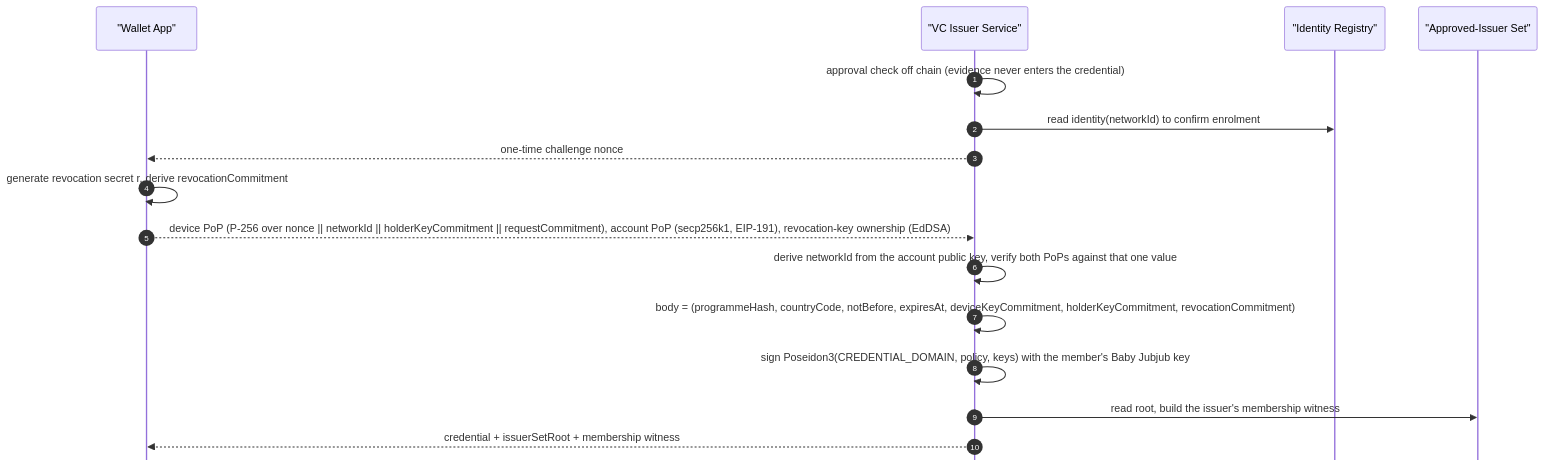
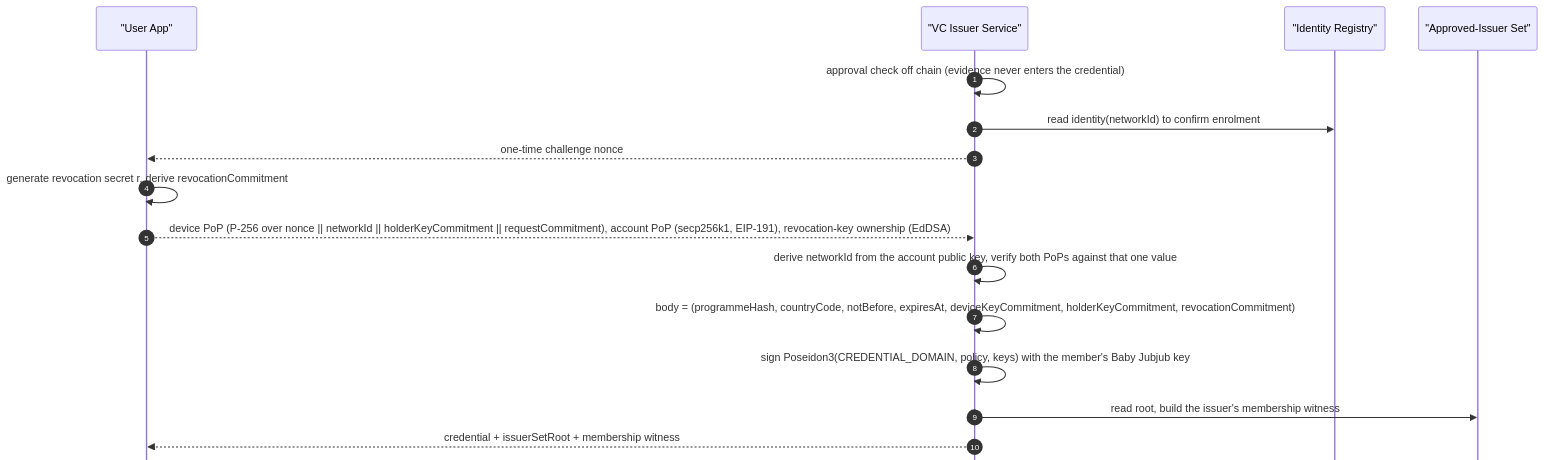
Before and after one commit to ethereum/coordination-network: the fifth of 7 diagrams in specs/06-full-architecture-phase-1.md, drawn with Mermaid. The commit also changed other lines of this file and 11 other files, not shown here.

````diff
--- a/specs/06-full-architecture-phase-1.md
+++ b/specs/06-full-architecture-phase-1.md
@@ -230,20 +233,20 @@
 ```mermaid
 %%{init: {'themeVariables': {'fontSize': '13px'}, 'sequence': {'mirrorActors': false, 'actorMargin': 50, 'messageMargin': 35}}}%%
 sequenceDiagram
     autonumber
-    participant WAL as "Wallet App"
+    participant WAL as "User App"
     participant ISS as "VC Issuer Service"
     participant IDM as "Identity Registry"
     participant ISET as "Approved-Issuer Set"
 
     ISS->>ISS: approval check off chain (evidence never enters the credential)
     ISS->>IDM: read identity(networkId) to confirm enrolment
     ISS-->>WAL: one-time challenge nonce
     WAL->>WAL: generate revocation secret r, derive revocationCommitment
     WAL-->>ISS: device PoP (P-256 over nonce || networkId || holderKeyCommitment || requestCommitment), account PoP (secp256k1, EIP-191), revocation-key ownership (EdDSA)
     ISS->>ISS: derive networkId from the account public key, verify both PoPs against that one value
     ISS->>ISS: body = (programmeHash, countryCode, notBefore, expiresAt, deviceKeyCommitment, holderKeyCommitment, revocationCommitment)
     ISS->>ISS: sign Poseidon3(CREDENTIAL_DOMAIN, policy, keys) with the member's Baby Jubjub key
     ISS->>ISET: read root, build the issuer's membership witness
     ISS-->>WAL: credential + issuerSetRoot + membership witness
 ```
````
